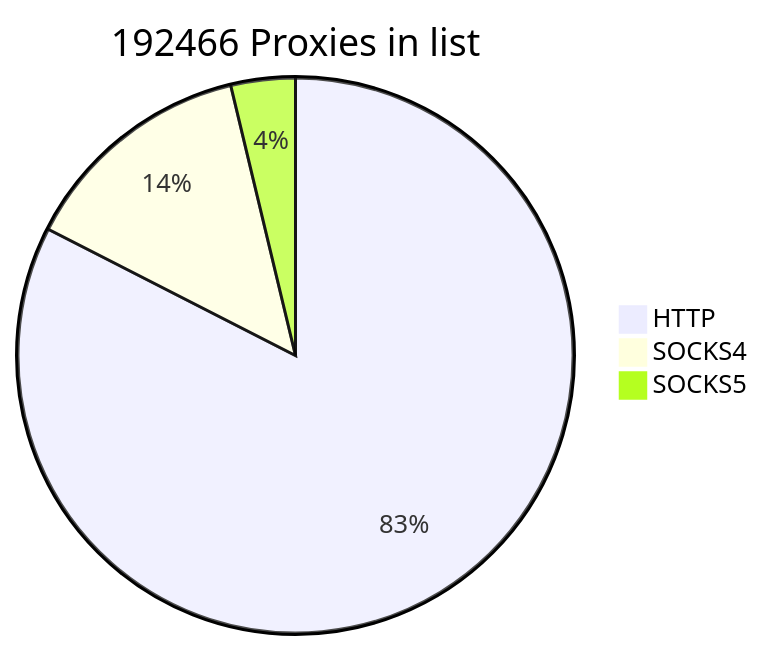
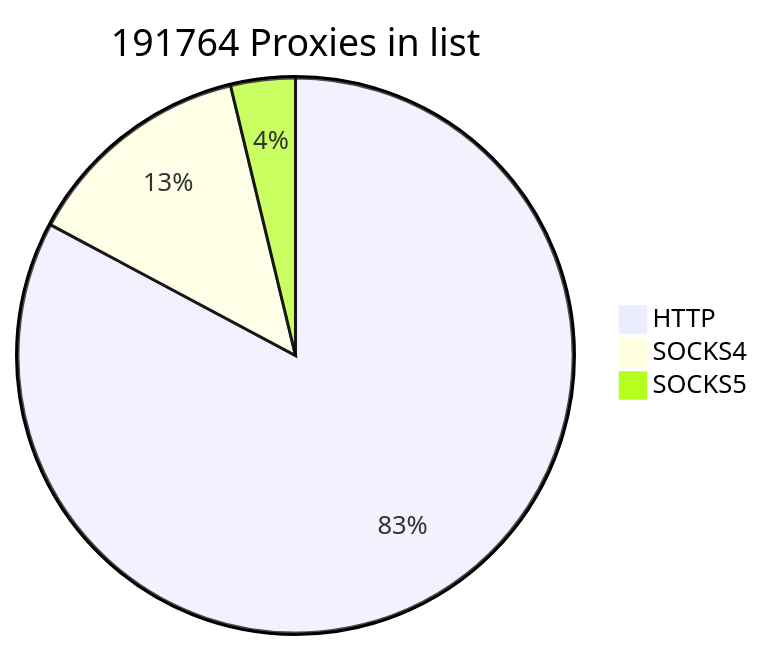
One commit to cutipu/proxylist changed the first of 2 diagrams in README.md. Above: the diagram before and after it, drawn with Mermaid. The commit also changed other lines of this file, not shown here.

````diff
--- a/README.md
+++ b/README.md
@@ -2,7 +2,7 @@
 ```mermaid
-pie title 192466 Proxies in list
-    "HTTP" : 158814
-    "SOCKS4" : 26441
+pie title 191764 Proxies in list
+    "HTTP" : 158785
+    "SOCKS4" : 25768
     "SOCKS5" : 7211
             
 ```
````
